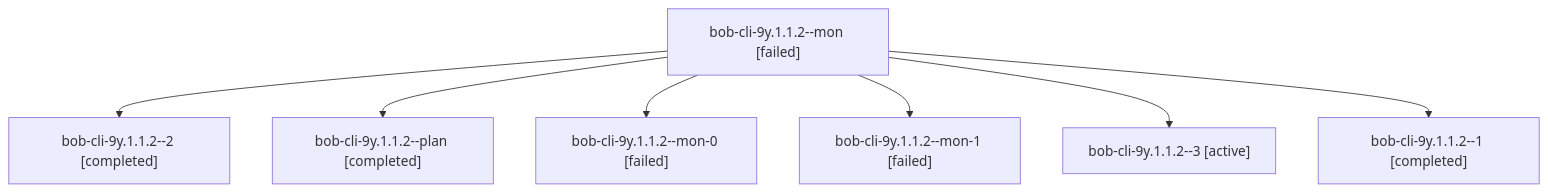
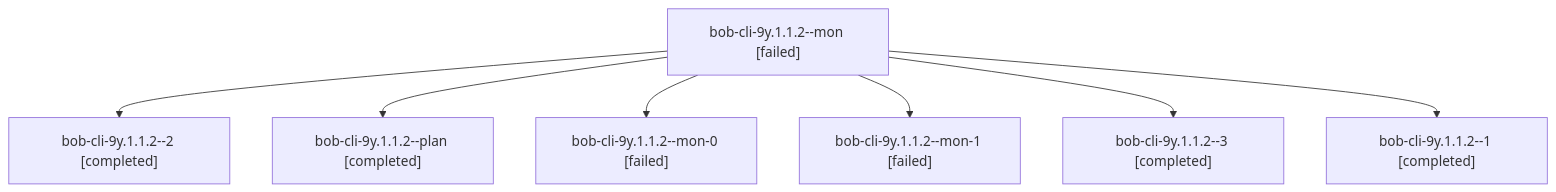
One commit to bobs-org/bob-cli--agents changed the diagram in sessions/bbugyi200.athena.bob-cli-9y.1.1.2.md. Above: the diagram before and after it, drawn with Mermaid. The commit also changed other lines of this file and 68 other files, not shown here.

````diff
--- a/sessions/bbugyi200.athena.bob-cli-9y.1.1.2.md
+++ b/sessions/bbugyi200.athena.bob-cli-9y.1.1.2.md
@@ -9,16 +9,16 @@
 ```mermaid
 flowchart TD
   n0["bob-cli-9y.1.1.2--mon [failed]"]
   n1["bob-cli-9y.1.1.2--2 [completed]"]
   n0 --> n1
   n2["bob-cli-9y.1.1.2--plan [completed]"]
   n0 --> n2
   n3["bob-cli-9y.1.1.2--mon-0 [failed]"]
   n0 --> n3
   n4["bob-cli-9y.1.1.2--mon-1 [failed]"]
   n0 --> n4
-  n5["bob-cli-9y.1.1.2--3 [active]"]
+  n5["bob-cli-9y.1.1.2--3 [completed]"]
   n0 --> n5
   n6["bob-cli-9y.1.1.2--1 [completed]"]
   n0 --> n6
 ```
````
